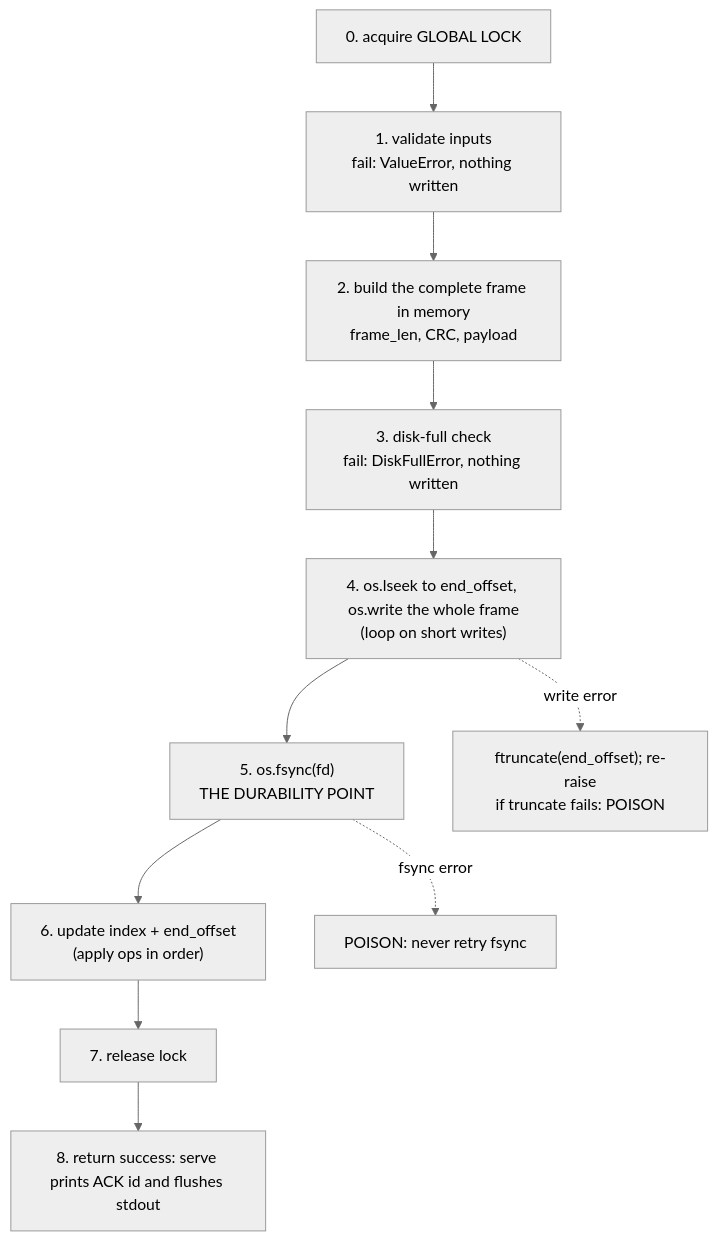
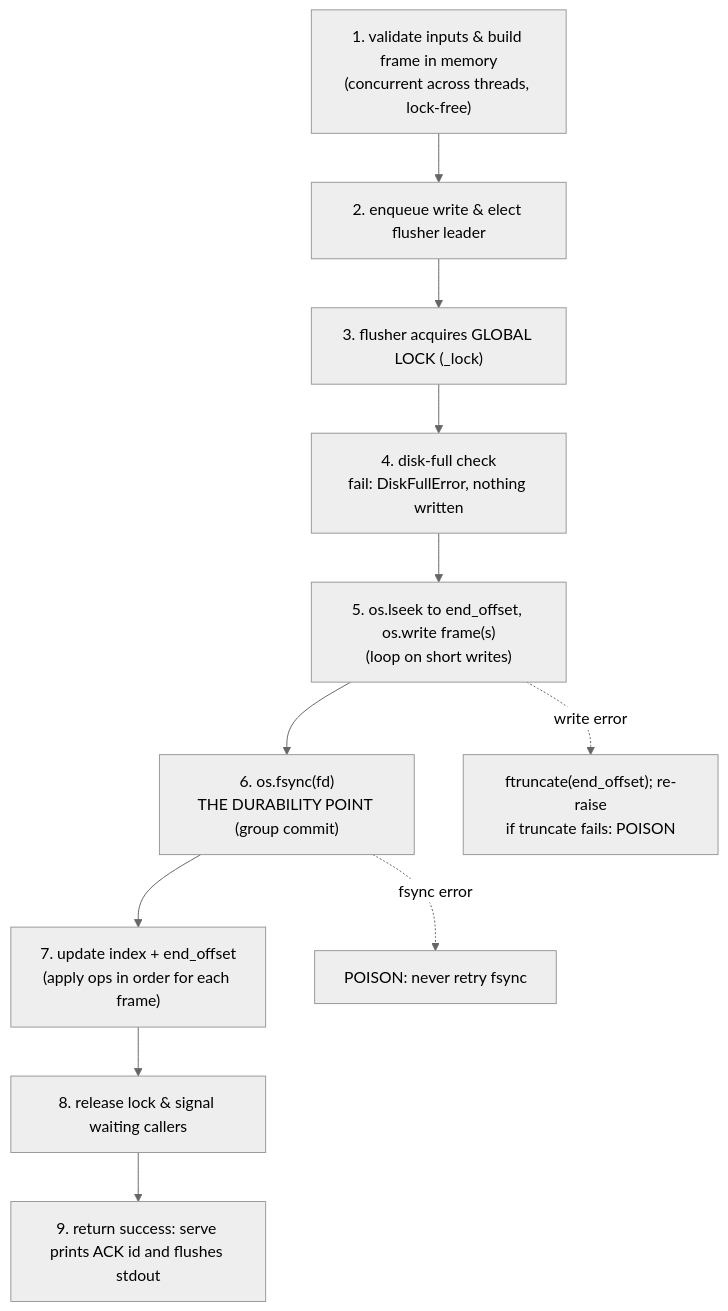
The second of 4 diagrams in ARCHITECTURE.md (Jagadish-s-naik/BinaryV2-KVDB), drawn with Mermaid (neutral theme) before and after one commit. The commit also changed other lines of this file and 17 other files, not shown here.

Commit message:
feat: add checkpoint frames, group commit, and fast recovery support

````diff
--- a/ARCHITECTURE.md
+++ b/ARCHITECTURE.md
@@ -74,13 +78,13 @@
 ```mermaid
 flowchart TB
-    S0["0. acquire GLOBAL LOCK"] --> S1["1. validate inputs<br/>fail: ValueError, nothing written"]
-    S1 --> S2["2. build the complete frame in memory<br/>frame_len, CRC, payload"]
-    S2 --> S3["3. disk-full check<br/>fail: DiskFullError, nothing written"]
-    S3 --> S4["4. os.lseek to end_offset, os.write the whole frame<br/>(loop on short writes)"]
-    S4 --> S5["5. os.fsync(fd)<br/>THE DURABILITY POINT"]
-    S5 --> S6["6. update index + end_offset<br/>(apply ops in order)"]
-    S6 --> S7["7. release lock"]
-    S7 --> S8["8. return success: serve prints ACK id and flushes stdout"]
+    S1["1. validate inputs & build frame in memory<br/>(concurrent across threads, lock-free)"] --> S0["2. enqueue write & elect flusher leader"]
+    S0 --> S2["3. flusher acquires GLOBAL LOCK (_lock)"]
+    S2 --> S3["4. disk-full check<br/>fail: DiskFullError, nothing written"]
+    S3 --> S4["5. os.lseek to end_offset, os.write frame(s)<br/>(loop on short writes)"]
+    S4 --> S5["6. os.fsync(fd)<br/>THE DURABILITY POINT (group commit)"]
+    S5 --> S6["7. update index + end_offset<br/>(apply ops in order for each frame)"]
+    S6 --> S7["8. release lock & signal waiting callers"]
+    S7 --> S8["9. return success: serve prints ACK id and flushes stdout"]
     S4 -. "write error" .-> F1["ftruncate(end_offset); re-raise<br/>if truncate fails: POISON"]
     S5 -. "fsync error" .-> F2["POISON: never retry fsync"]
 ```
````
